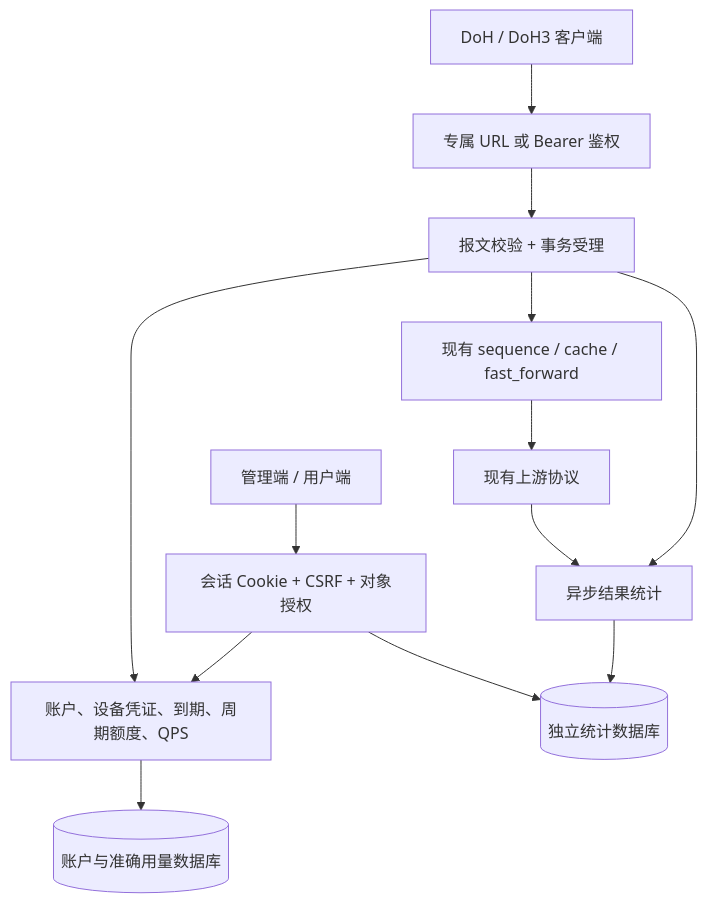
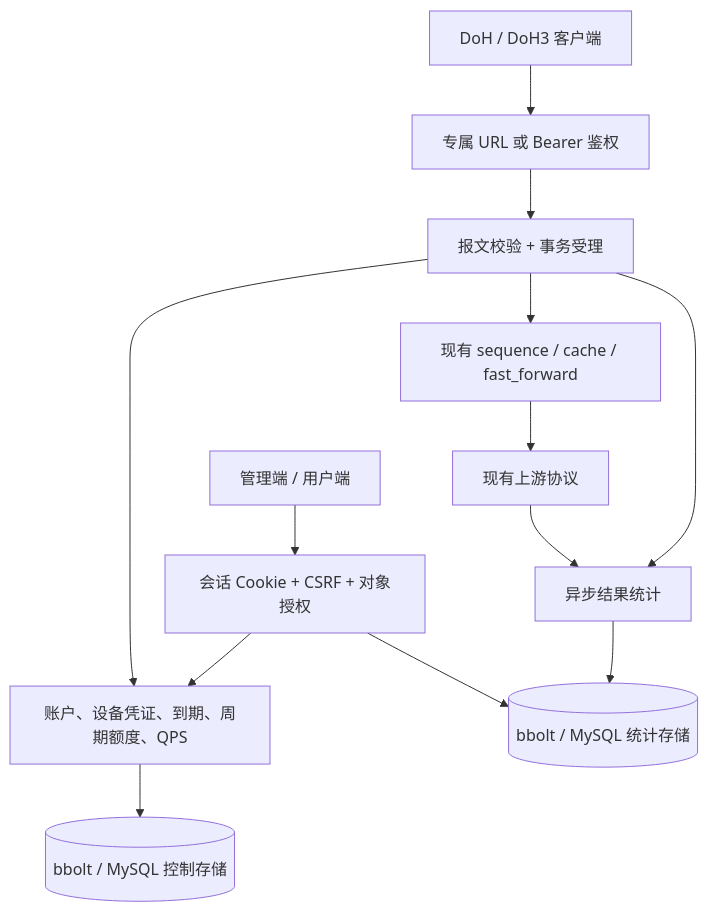
The diagram in docs/service-architecture.md (MiCat-S/mosdns-x), drawn with Mermaid before and after one commit. The commit also changed other lines of this file and 37 other files, not shown here.

Commit message:
feat: add MySQL storage and refresh control UI

````diff
--- a/docs/service-architecture.md
+++ b/docs/service-architecture.md
@@ -5,15 +5,15 @@
 ```mermaid
 flowchart TD
   Panel[管理端 / 用户端] --> API[会话 Cookie + CSRF + 对象授权]
   API --> Control[账户、设备凭证、到期、周期额度、QPS]
   Client[DoH / DoH3 客户端] --> Auth[专属 URL 或 Bearer 鉴权]
   Auth --> Entry[报文校验 + 事务受理]
   Entry --> Control
   Entry --> Chain[现有 sequence / cache / fast_forward]
   Chain --> Upstream[现有上游协议]
   Entry --> Stats[异步结果统计]
   Upstream --> Stats
-  Control --> DB[(账户与准确用量数据库)]
-  Stats --> SDB[(独立统计数据库)]
+  Control --> DB[(bbolt / MySQL 控制存储)]
+  Stats --> SDB[(bbolt / MySQL 统计存储)]
   API --> SDB
 ```
````
